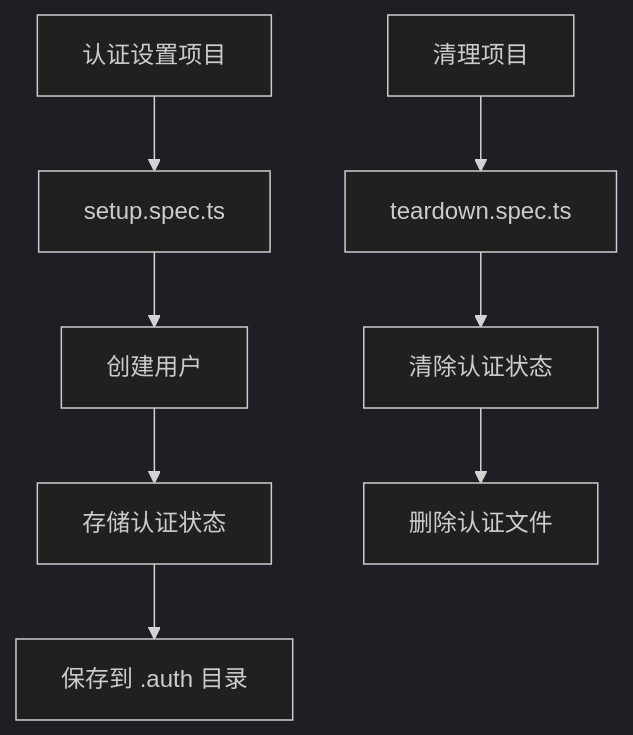
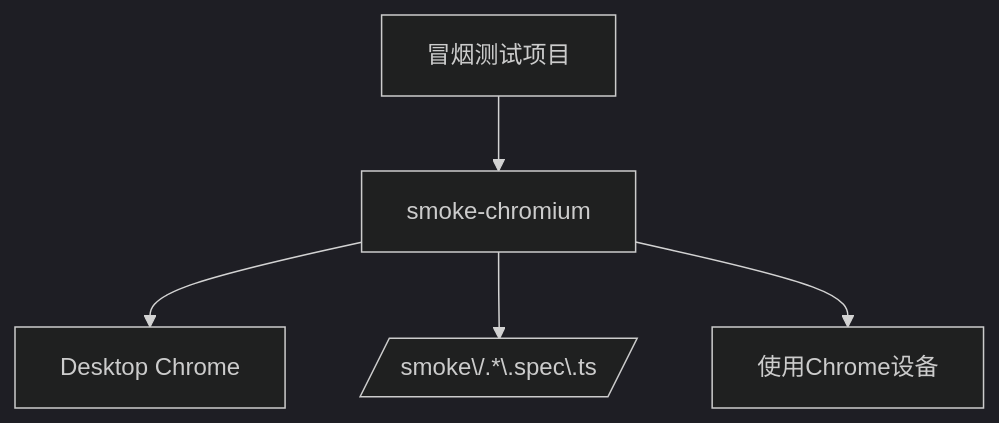
The second of 16 diagrams in .qoder/repowiki/zh/content/测试框架配置/Playwright配置详解.md (zzgoviziwind/--playwright), drawn with Mermaid (dark theme) before and after one commit. The commit also changed other lines of this file and 112 other files, not shown here.

````diff
--- a/.qoder/repowiki/zh/content/测试框架配置/Playwright配置详解.md
+++ b/.qoder/repowiki/zh/content/测试框架配置/Playwright配置详解.md
@@ -131,10 +151,7 @@
 ```mermaid
 flowchart TD
-Setup[认证设置项目] --> SetupTest[setup.spec.ts]
-SetupTest --> CreateUser[创建用户]
-CreateUser --> StoreState[存储认证状态]
-StoreState --> AuthDir[保存到 .auth 目录]
-Cleanup[清理项目] --> TeardownTest[teardown.spec.ts]
-TeardownTest --> ClearAuth[清除认证状态]
-ClearAuth --> RemoveFiles[删除认证文件]
+Smoke[冒烟测试项目] --> SmokeChromium[smoke-chromium]
+SmokeChromium --> Chrome[Desktop Chrome]
+SmokeChromium --> MatchSmokes[/smoke\/.*\.spec\.ts/]
+SmokeChromium --> UsesChrome[使用Chrome设备]
 ```
````
